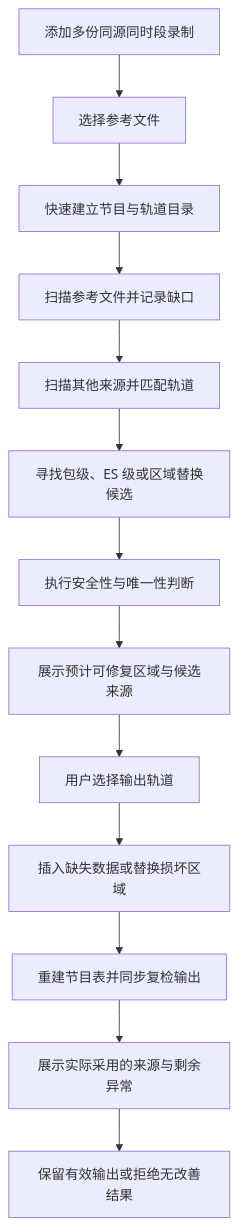
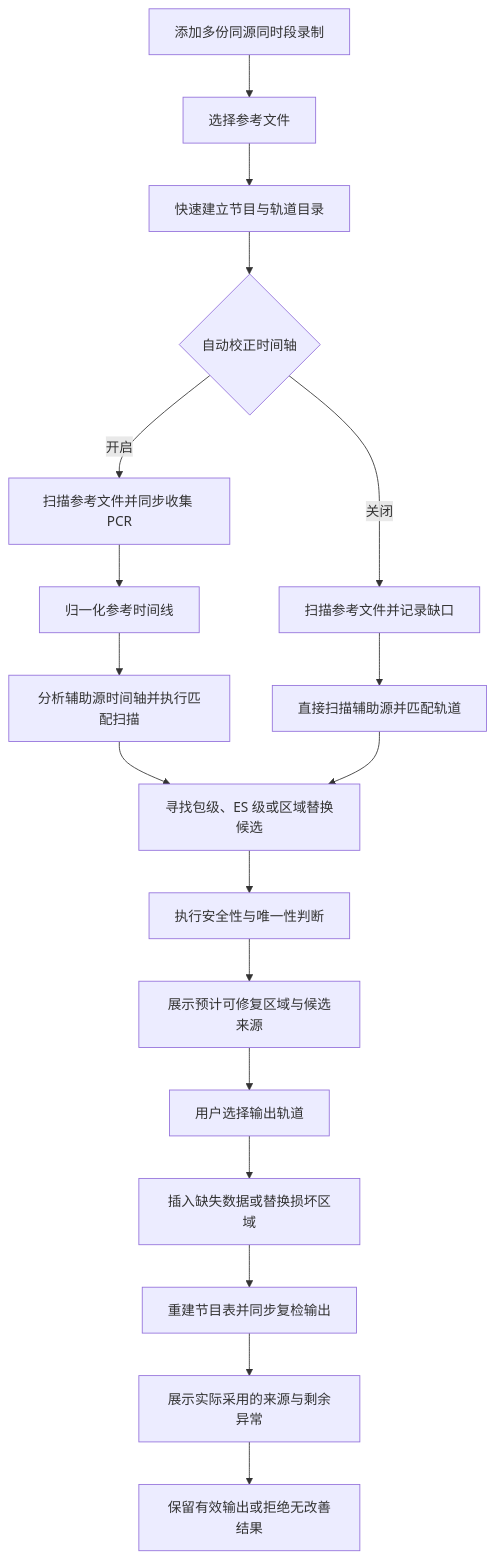
One commit to nilaoda/TSCutter.GUI changed the diagram in docs/TS多源修复设计方案.md. Above: the diagram before and after it, drawn with Mermaid. The commit also changed other lines of this file and 3 other files, not shown here.

Commit message:
docs: add timeline repair design

````diff
--- a/docs/TS多源修复设计方案.md
+++ b/docs/TS多源修复设计方案.md
@@ -73,15 +73,20 @@
 ```mermaid
 flowchart TD
     A[添加多份同源同时段录制] --> B[选择参考文件]
     B --> C[快速建立节目与轨道目录]
-    C --> D[扫描参考文件并记录缺口]
-    D --> E[扫描其他来源并匹配轨道]
-    E --> F[寻找包级、ES 级或区域替换候选]
-    F --> G[执行安全性与唯一性判断]
-    G --> H[展示预计可修复区域与候选来源]
-    H --> I[用户选择输出轨道]
-    I --> J[插入缺失数据或替换损坏区域]
-    J --> K[重建节目表并同步复检输出]
-    K --> L[展示实际采用的来源与剩余异常]
-    L --> M[保留有效输出或拒绝无改善结果]
+    C --> D{自动校正时间轴}
+    D -->|开启| E[扫描参考文件并同步收集 PCR]
+    D -->|关闭| F[扫描参考文件并记录缺口]
+    E --> G[归一化参考时间线]
+    G --> H[分析辅助源时间轴并执行匹配扫描]
+    F --> I[直接扫描辅助源并匹配轨道]
+    H --> J[寻找包级、ES 级或区域替换候选]
+    I --> J
+    J --> K[执行安全性与唯一性判断]
+    K --> L[展示预计可修复区域与候选来源]
+    L --> M[用户选择输出轨道]
+    M --> N[插入缺失数据或替换损坏区域]
+    N --> O[重建节目表并同步复检输出]
+    O --> P[展示实际采用的来源与剩余异常]
+    P --> Q[保留有效输出或拒绝无改善结果]
 ```
````
